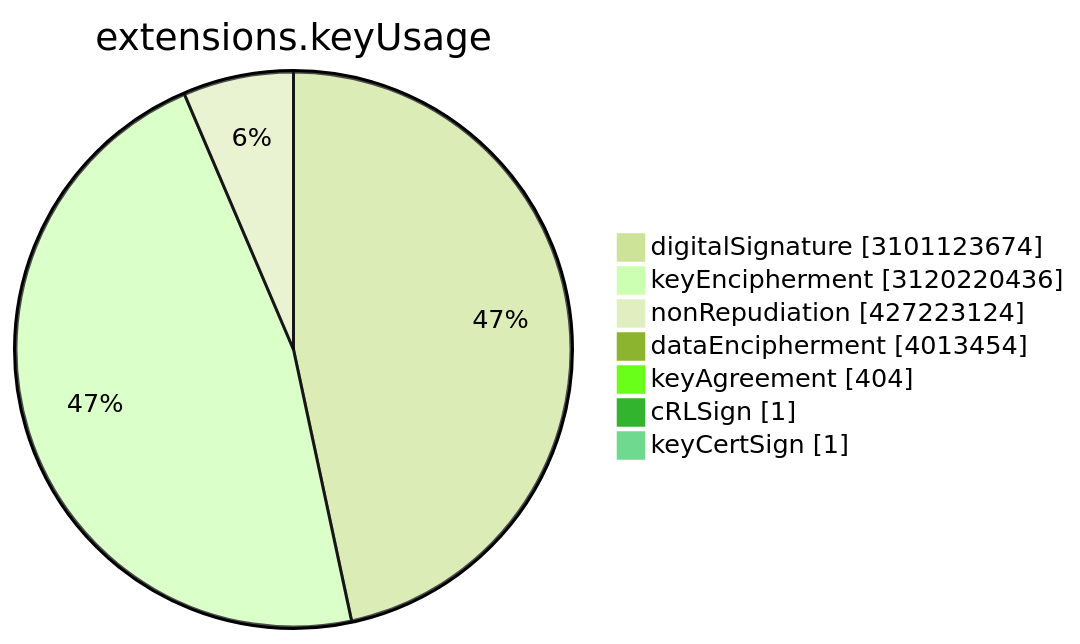
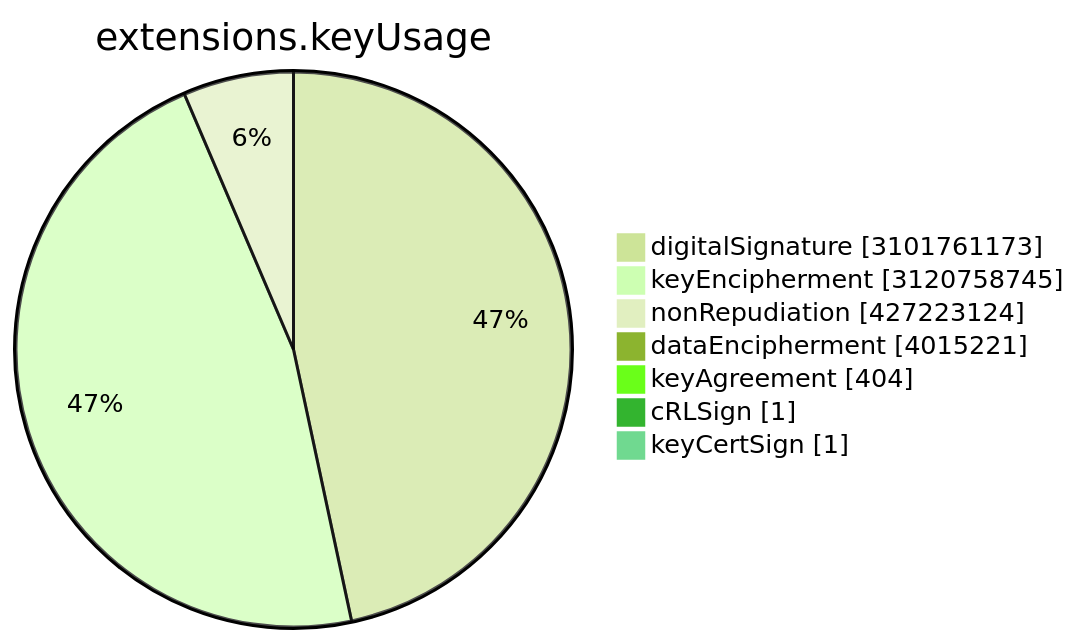
Before and after one commit to christiankrug/ctmonitor_visualization: the sixth of 15 diagrams in TOTAL/README.md, drawn with Mermaid (forest theme). The commit also changed other lines of this file, not shown here.

````diff
--- a/TOTAL/README.md
+++ b/TOTAL/README.md
@@ -3077,11 +3077,11 @@
 ```mermaid
 pie showData
 title extensions.keyUsage
-"digitalSignature" :3101123674
-"keyEncipherment" :3120220436
+"digitalSignature" :3101761173
+"keyEncipherment" :3120758745
 "nonRepudiation" :427223124
-"dataEncipherment" :4013454
+"dataEncipherment" :4015221
 "keyAgreement" :404
 "cRLSign" :1
 "keyCertSign" :1
 ```
````
